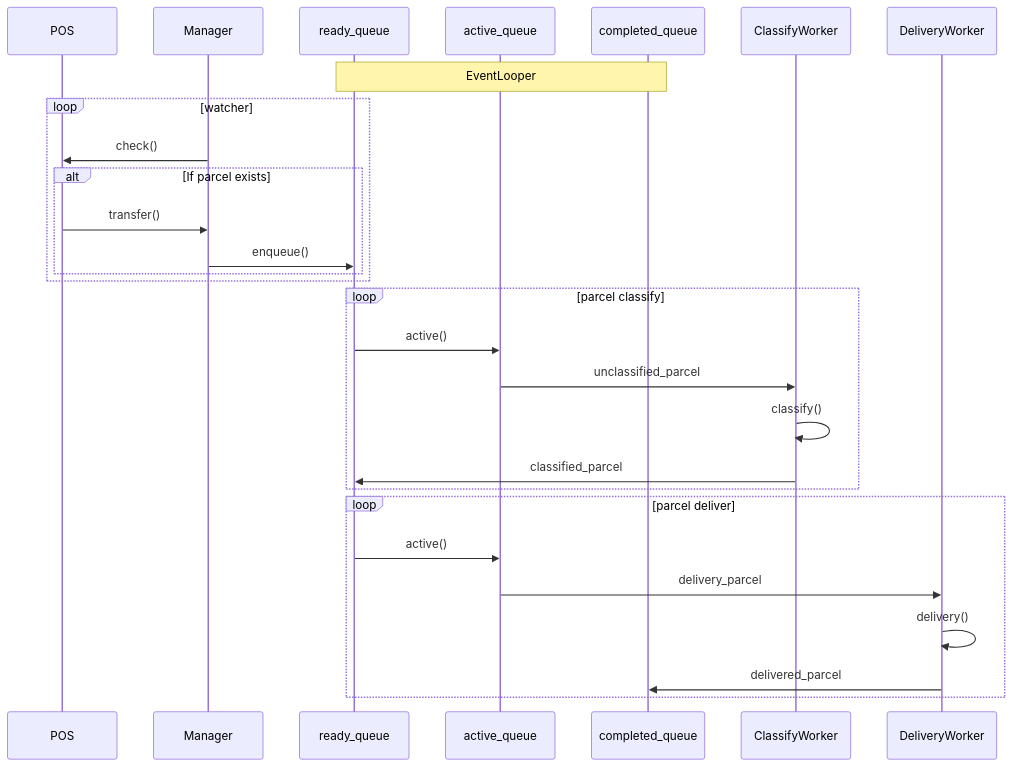
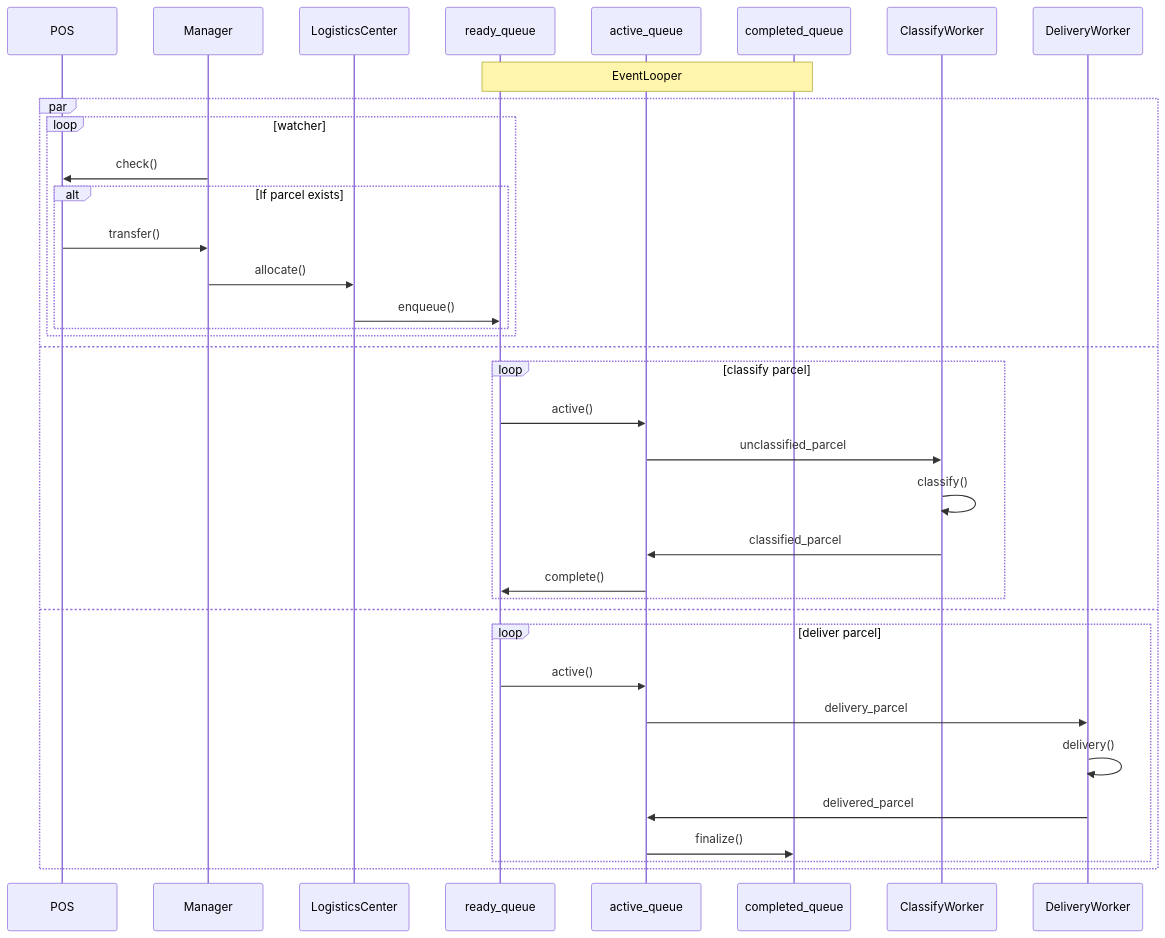
One commit to NarciSource/Boostcamp-Challenge changed the diagram in README.md. Above: the diagram before and after it, drawn with Mermaid.

Commit message:
docs: 시퀀스 다이어그램 상세화

````diff
--- a/README.md
+++ b/README.md
@@ -81,33 +81,43 @@
 ```mermaid
 sequenceDiagram
     participant POS
     participant Manager
+    participant LogisticsCenter
     participant ready_queue
     participant active_queue
     participant completed_queue
     participant ClassifyWorker
     participant DeliveryWorker
     note over ready_queue, completed_queue: EventLooper
 
-    loop watcher
-        Manager->>POS: check()
-        alt If parcel exists
-            POS->>Manager: transfer()
-            Manager->>ready_queue: enqueue()
+    par
+        loop watcher
+            Manager->>POS: check()
+            alt If parcel exists
+                POS->>Manager: transfer()
+                Manager->>LogisticsCenter: allocate()
+                LogisticsCenter->>ready_queue: enqueue()
+            end
+        end
+
+        and
+
+        loop classify parcel
+            ready_queue->>active_queue: active()
+            active_queue->>ClassifyWorker: unclassified_parcel
+            ClassifyWorker->>ClassifyWorker: classify()
+            ClassifyWorker->>active_queue: classified_parcel
+            active_queue->>ready_queue: complete()
+        end
+
+        and
+
+        loop deliver parcel
+            ready_queue->>active_queue: active()
+            active_queue->>DeliveryWorker: delivery_parcel
+            DeliveryWorker->>DeliveryWorker: delivery()
+            DeliveryWorker->>active_queue: delivered_parcel
+            active_queue->>completed_queue: finalize()
         end
     end
-
-    loop parcel classify
-        ready_queue->>active_queue: active()
-        active_queue->>ClassifyWorker: unclassified_parcel
-        ClassifyWorker->>ClassifyWorker: classify()
-        ClassifyWorker->>ready_queue: classified_parcel
-    end
-
-    loop parcel deliver
-        ready_queue->>active_queue: active()
-        active_queue->>DeliveryWorker: delivery_parcel
-        DeliveryWorker->>DeliveryWorker: delivery()
-        DeliveryWorker->>completed_queue: delivered_parcel
-    end
 ```
````
